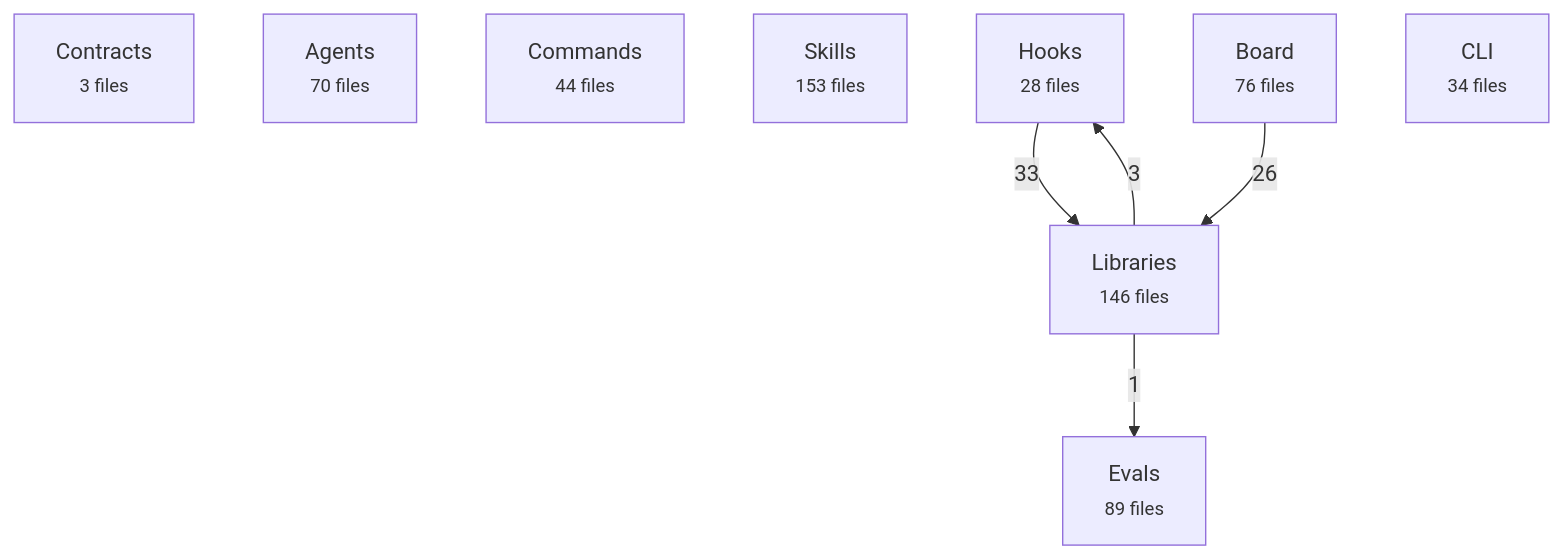
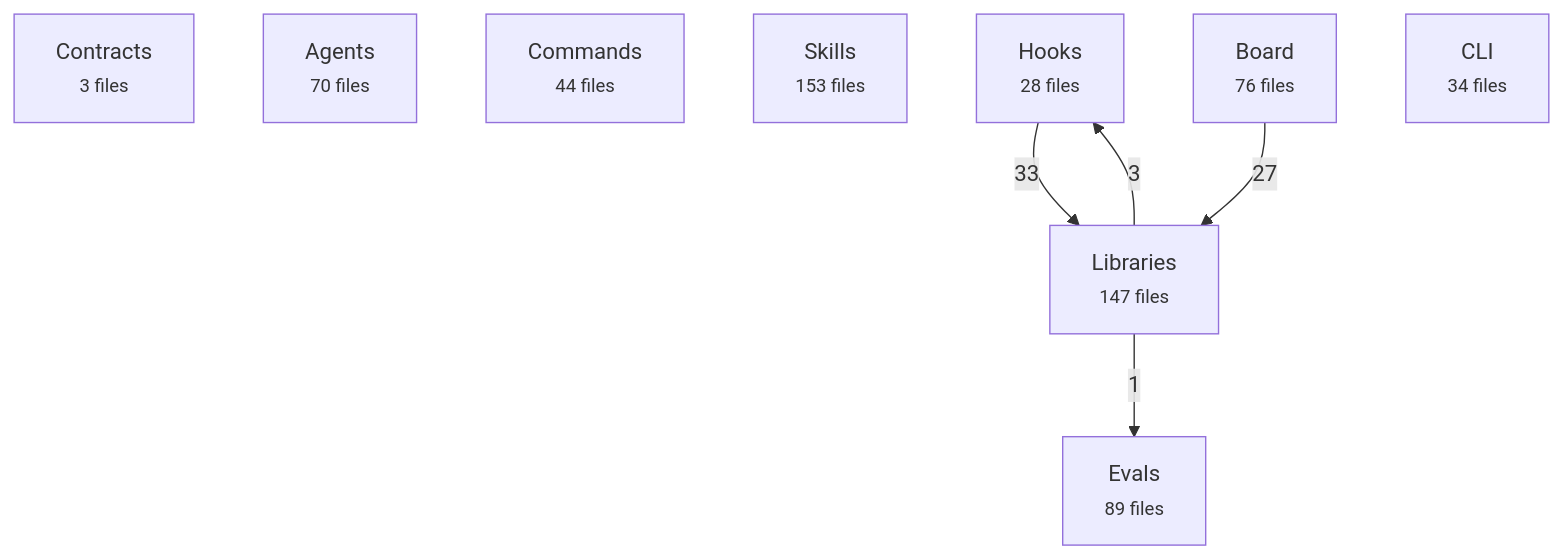
The first of 2 diagrams in docs/reference/architecture-map.md (avelikiy/great_cto), drawn with Mermaid before and after one commit. The commit also changed other lines of this file and 11 other files, not shown here.

````diff
--- a/docs/reference/architecture-map.md
+++ b/docs/reference/architecture-map.md
@@ -20,16 +20,16 @@
 ```mermaid
 flowchart TD
   contracts["Contracts<br/><small>3 files</small>"]
   agents["Agents<br/><small>70 files</small>"]
   commands["Commands<br/><small>44 files</small>"]
   skills["Skills<br/><small>153 files</small>"]
   hooks["Hooks<br/><small>28 files</small>"]
-  libs["Libraries<br/><small>146 files</small>"]
+  libs["Libraries<br/><small>147 files</small>"]
   board["Board<br/><small>76 files</small>"]
   cli["CLI<br/><small>34 files</small>"]
   evals["Evals<br/><small>89 files</small>"]
   hooks -->|33| libs
-  board -->|26| libs
+  board -->|27| libs
   libs -->|3| hooks
   libs -->|1| evals
 ```
````
